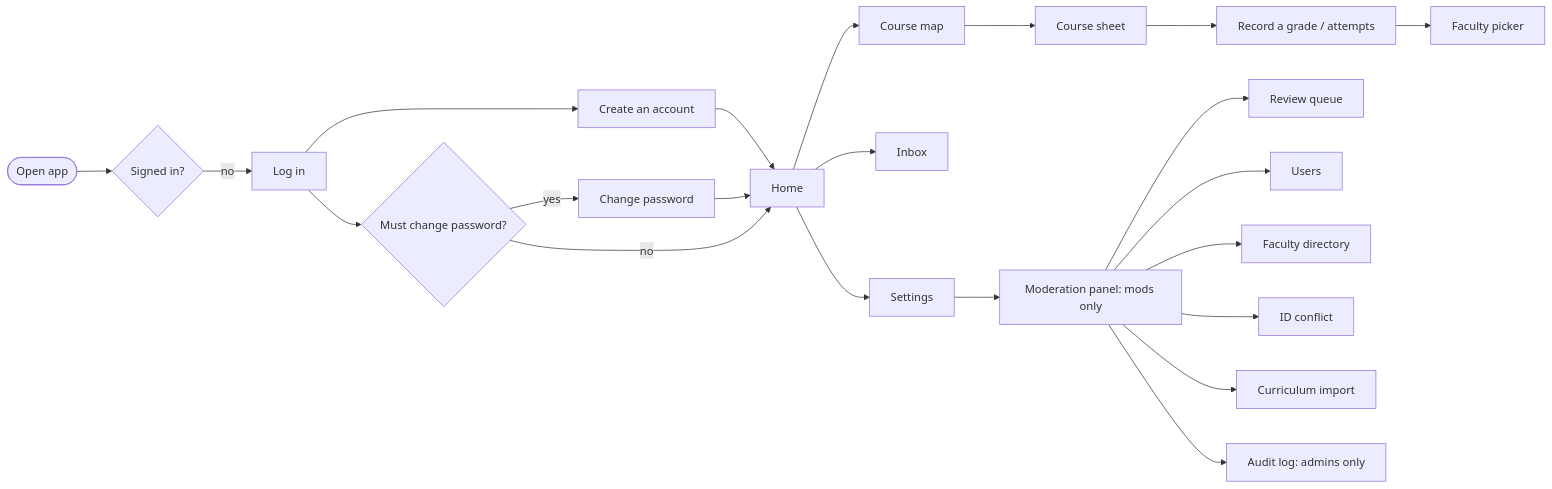
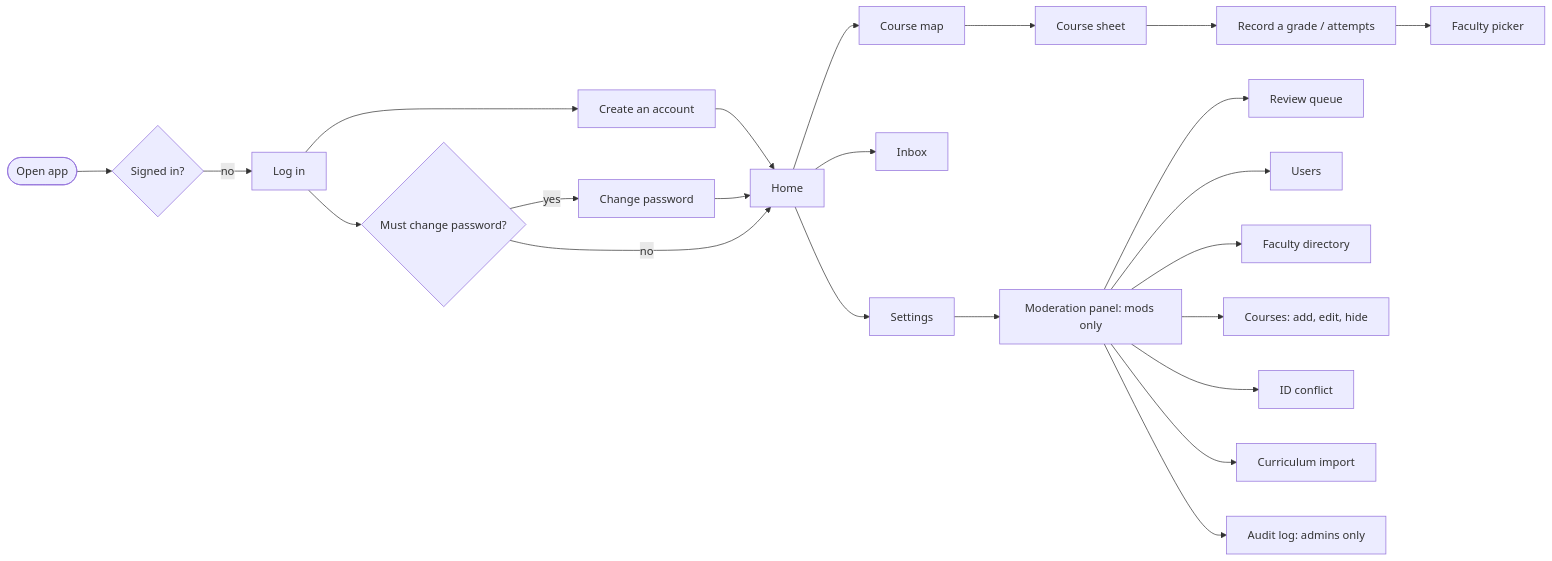
The diagram in docs/screens.md (shithil17/UniLink), drawn with Mermaid before and after one commit. The commit also changed other lines of this file and 44 other files, not shown here.

````diff
--- a/docs/screens.md
+++ b/docs/screens.md
@@ -14,24 +14,25 @@
 ```mermaid
 flowchart LR
   Start([Open app]) --> S{Signed in?}
   S -- no --> Login[Log in]
   Login --> Signup[Create an account]
   Signup --> Home
   Login --> P{Must change password?}
   P -- yes --> Change[Change password]
   Change --> Home
   P -- no --> Home[Home]
   Home --> Courses[Course map]
   Home --> Inbox[Inbox]
   Home --> Settings[Settings]
   Courses --> Sheet[Course sheet]
   Sheet --> Attempt[Record a grade / attempts]
   Attempt --> Picker[Faculty picker]
   Settings --> Mod[Moderation panel: mods only]
   Mod --> Queue[Review queue]
   Mod --> Users[Users]
   Mod --> Faculty[Faculty directory]
+  Mod --> CourseAdmin[Courses: add, edit, hide]
   Mod --> Conflict[ID conflict]
   Mod --> Import[Curriculum import]
   Mod --> Audit[Audit log: admins only]
 ```
````
